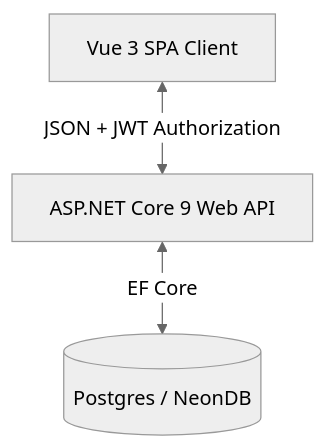
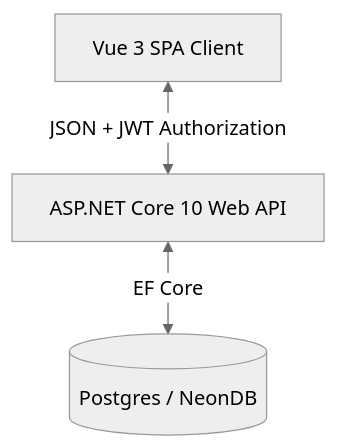
One commit to maruf-pfc/Iqamah changed the diagram in README.md. Above: the diagram before and after it, drawn with Mermaid (neutral theme). The commit also changed other lines of this file and 2 other files, not shown here.

Commit message:
docs: add CONTRIBUTING.md, CODE_OF_CONDUCT.md, open-source badges, and update readme .NET 10 references

````diff
--- a/README.md
+++ b/README.md
@@ -27,5 +29,5 @@
 ```mermaid
 graph TD
-    Client[Vue 3 SPA Client] <-->|JSON + JWT Authorization| API[ASP.NET Core 9 Web API]
+    Client[Vue 3 SPA Client] <-->|JSON + JWT Authorization| API[ASP.NET Core 10 Web API]
     API <-->|EF Core| DB[(Postgres / NeonDB)]
 ```
````
